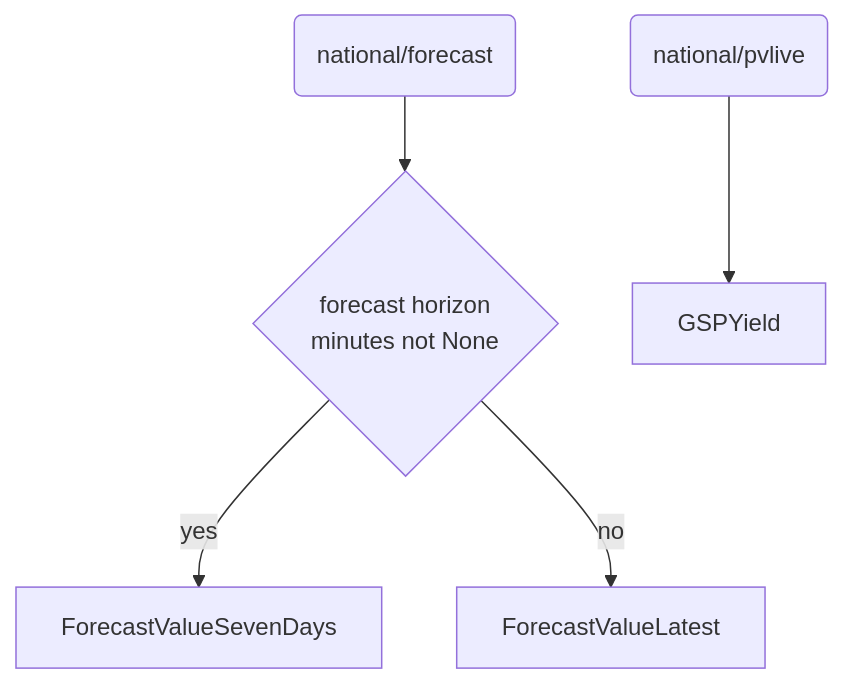
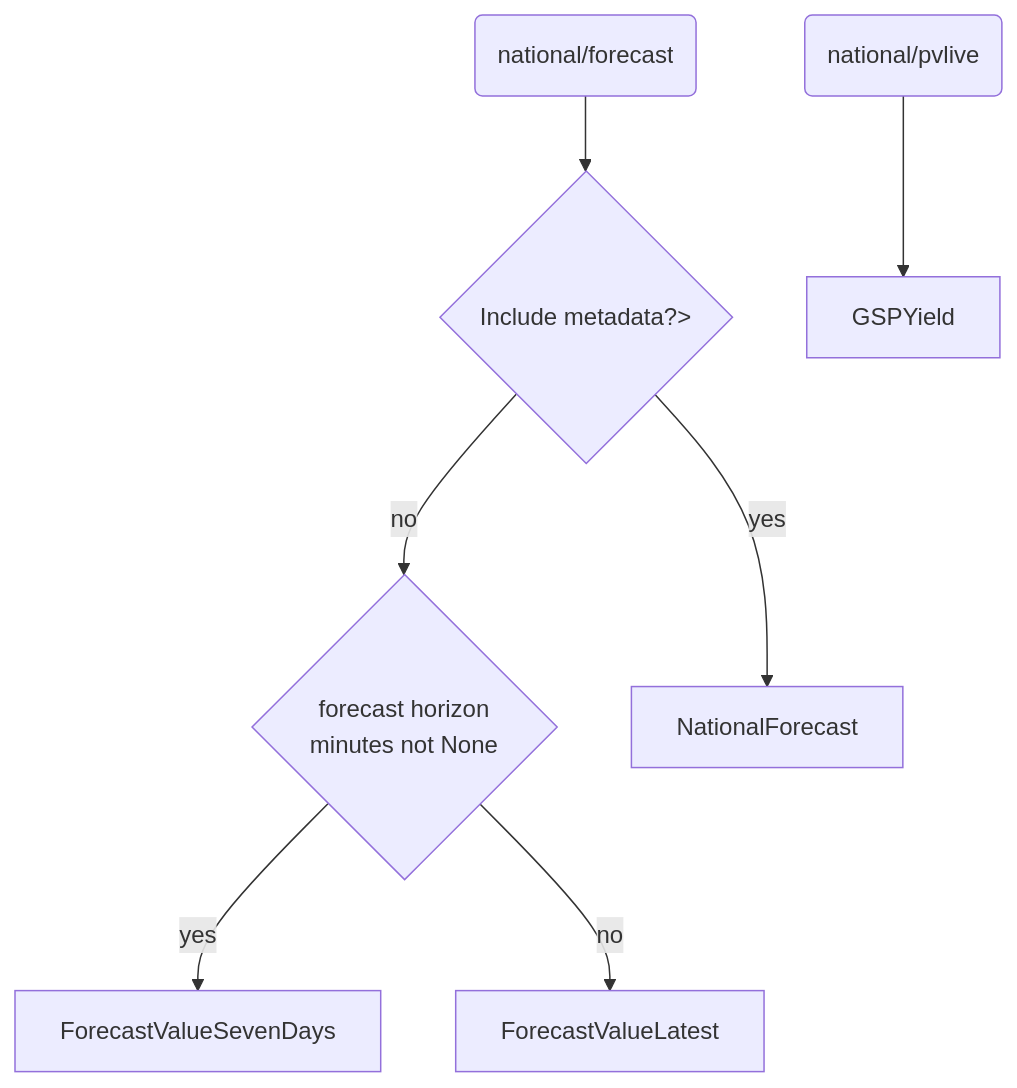
Before and after one commit to openclimatefix/uk-pv-national-gsp-api: the first of 3 diagrams in README.md, drawn with Mermaid. The commit also changed 4 other files, not shown here.

Commit message:
add option to return metadata in national forecast

````diff
--- a/README.md
+++ b/README.md
@@ -90,11 +90,13 @@
 ```mermaid
   graph TD;
       N1(national/forecast) --> Q1;
+      Q1{Include metadata?>} -->|no| Q2;
+      Q1 --> |yes| N2[NationalForecast];
       N4[ForecastValueLatest];
-      Q1{forecast horizon <br> minutes not None}
-      Q1-->|yes| N5[ForecastValueSevenDays];
-      Q1-->|no| N4;
+      Q2{forecast horizon <br> minutes not None}
+      Q2-->|yes| N5[ForecastValueSevenDays];
+      Q2-->|no| N4;
 
       NP1(national/pvlive)-->NP2;
       NP2[GSPYield];
 ```
````
